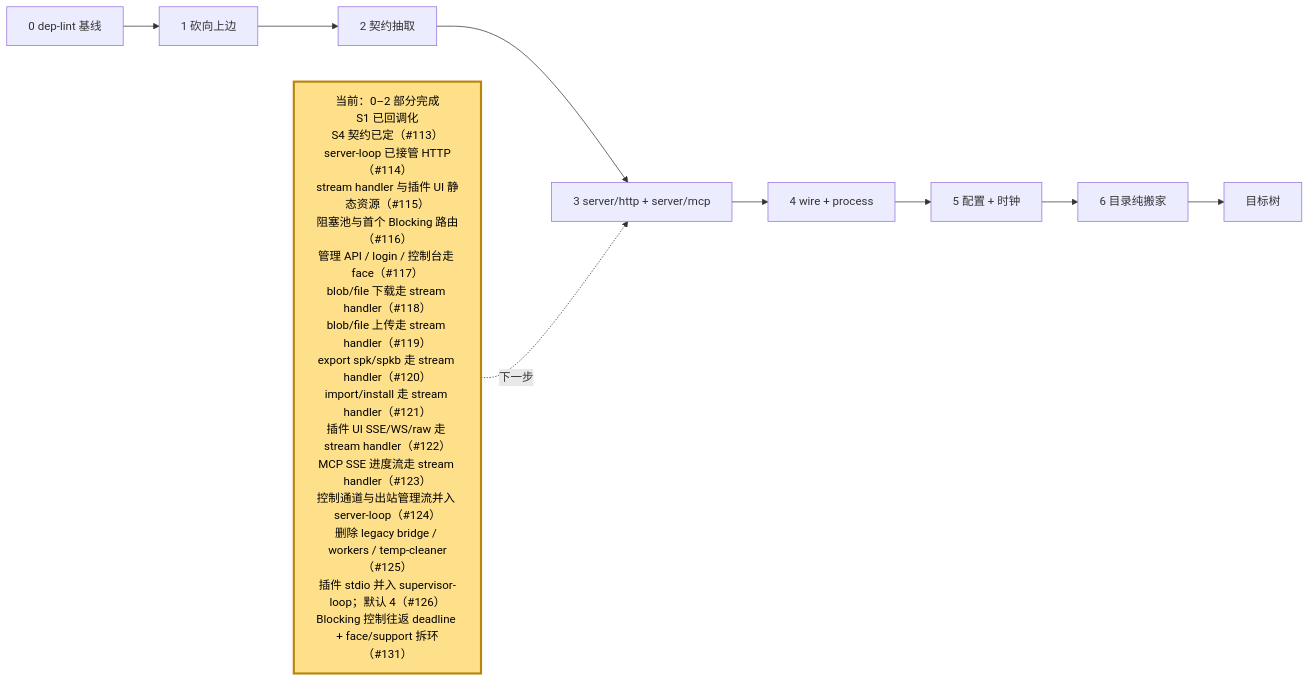
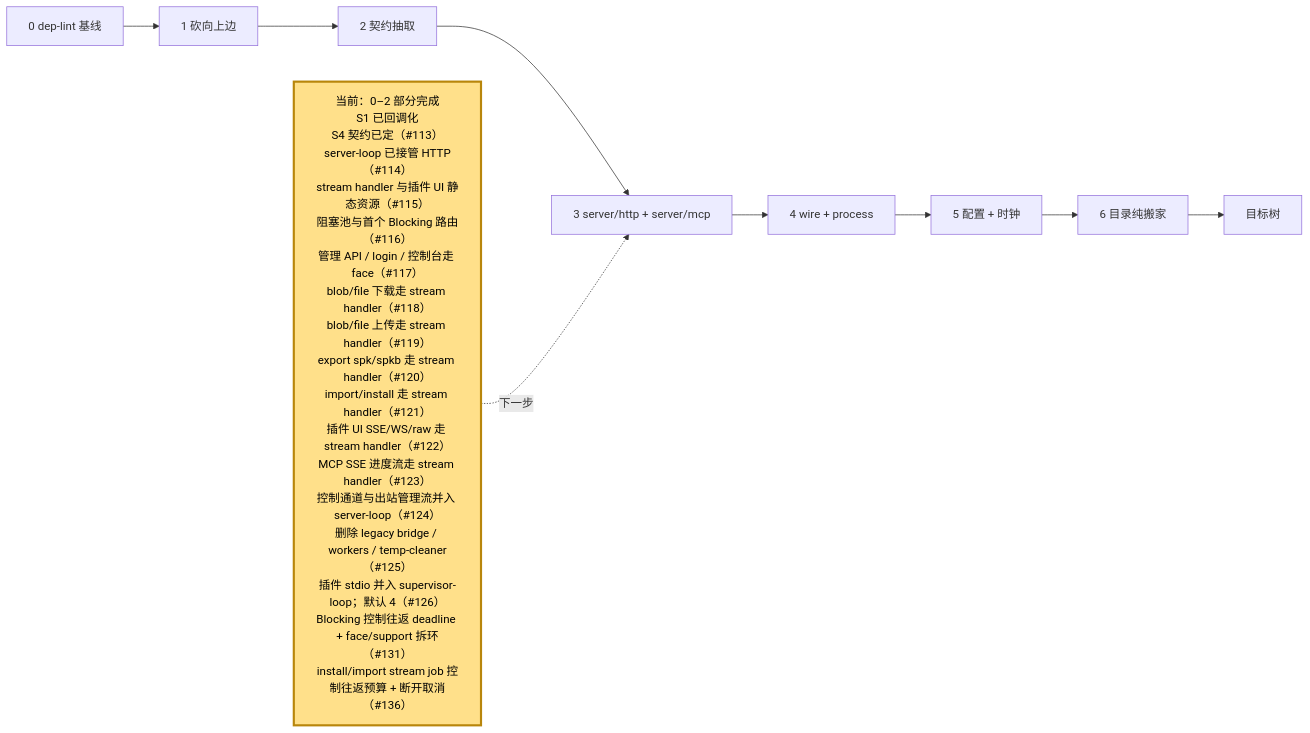
Before and after one commit to webxxxxx/plugin-manager: the fifth of 5 diagrams in docs/architecture.md, drawn with Mermaid. The commit also changed other lines of this file and 14 other files, not shown here.

First line of the commit message:
feat(s4): stream job 控制往返预算 + 断开取消 (#136)

````diff
--- a/docs/architecture.md
+++ b/docs/architecture.md
@@ -379,15 +379,15 @@
 ```mermaid
 flowchart LR
     S0["0 dep-lint 基线"] --> S1["1 砍向上边"]
     S1 --> S2["2 契约抽取"]
     S2 --> S3["3 server/http + server/mcp"]
     S3 --> S4["4 wire + process"]
     S4 --> S5["5 配置 + 时钟"]
     S5 --> S6["6 目录纯搬家"]
     S6 --> DONE["目标树"]
 
-    NOW["当前：0–2 部分完成<br/>S1 已回调化<br/>S4 契约已定（#113）<br/>server-loop 已接管 HTTP（#114）<br/>stream handler 与插件 UI 静态资源（#115）<br/>阻塞池与首个 Blocking 路由（#116）<br/>管理 API / login / 控制台走 face（#117）<br/>blob/file 下载走 stream handler（#118）<br/>blob/file 上传走 stream handler（#119）<br/>export spk/spkb 走 stream handler（#120）<br/>import/install 走 stream handler（#121）<br/>插件 UI SSE/WS/raw 走 stream handler（#122）<br/>MCP SSE 进度流走 stream handler（#123）<br/>控制通道与出站管理流并入 server-loop（#124）<br/>删除 legacy bridge / workers / temp-cleaner（#125）<br/>插件 stdio 并入 supervisor-loop；默认 4（#126）<br/>Blocking 控制往返 deadline + face/support 拆环（#131）"]:::current
+    NOW["当前：0–2 部分完成<br/>S1 已回调化<br/>S4 契约已定（#113）<br/>server-loop 已接管 HTTP（#114）<br/>stream handler 与插件 UI 静态资源（#115）<br/>阻塞池与首个 Blocking 路由（#116）<br/>管理 API / login / 控制台走 face（#117）<br/>blob/file 下载走 stream handler（#118）<br/>blob/file 上传走 stream handler（#119）<br/>export spk/spkb 走 stream handler（#120）<br/>import/install 走 stream handler（#121）<br/>插件 UI SSE/WS/raw 走 stream handler（#122）<br/>MCP SSE 进度流走 stream handler（#123）<br/>控制通道与出站管理流并入 server-loop（#124）<br/>删除 legacy bridge / workers / temp-cleaner（#125）<br/>插件 stdio 并入 supervisor-loop；默认 4（#126）<br/>Blocking 控制往返 deadline + face/support 拆环（#131）<br/>install/import stream job 控制往返预算 + 断开取消（#136）"]:::current
     NOW -.->|下一步| S3
 
     classDef current fill:#ffe08a,stroke:#b8860b,stroke-width:3px,color:#000
 ```
````
